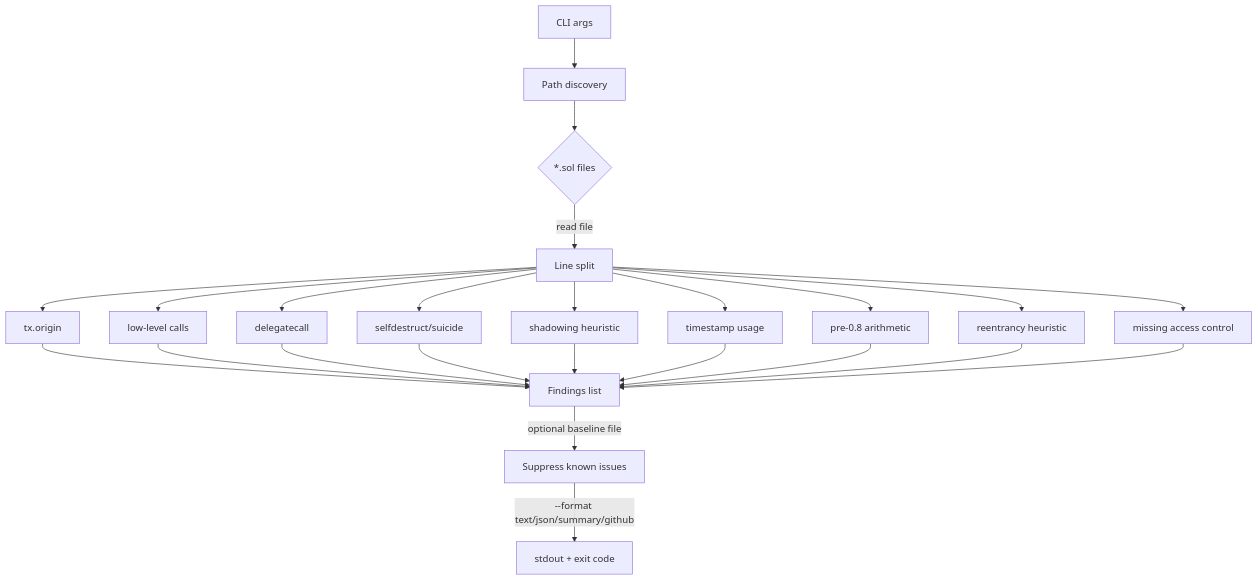
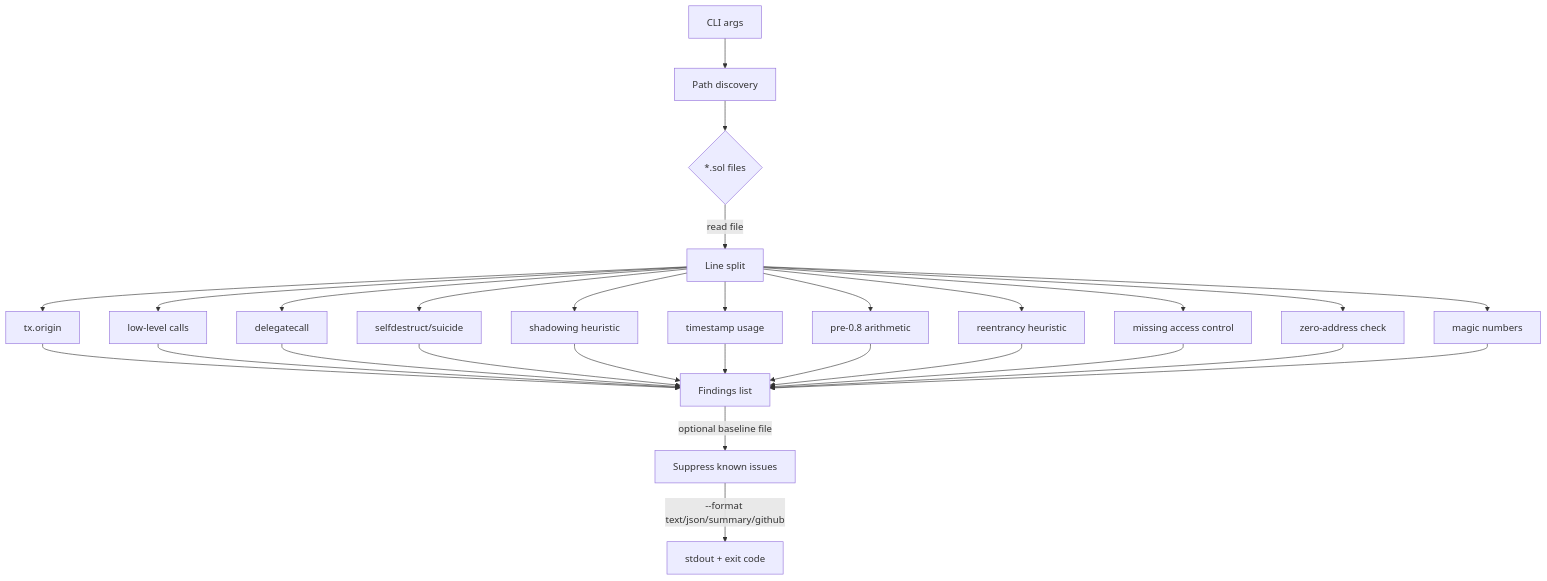
The diagram in README.md (SibghatUllah1997/audit-agent-py), drawn with Mermaid before and after one commit. The commit also changed other lines of this file and 3 other files, not shown here.

````diff
--- a/README.md
+++ b/README.md
@@ -223,18 +227,20 @@
 ```mermaid
 flowchart TD
     A[CLI args] --> B[Path discovery]
     B --> C{*.sol files}
     C -->|read file| D[Line split]
     D --> E1[tx.origin]
     D --> E2[low-level calls]
     D --> E3[delegatecall]
     D --> E4[selfdestruct/suicide]
     D --> E5[shadowing heuristic]
     D --> E6[timestamp usage]
     D --> E7[pre-0.8 arithmetic]
     D --> E8[reentrancy heuristic]
     D --> E9[missing access control]
-    E1 & E2 & E3 & E4 & E5 & E6 & E7 & E8 & E9 --> F[Findings list]
+    D --> E10[zero-address check]
+    D --> E11[magic numbers]
+    E1 & E2 & E3 & E4 & E5 & E6 & E7 & E8 & E9 & E10 & E11 --> F[Findings list]
     F -->|optional baseline file| G[Suppress known issues]
     G -->|--format text/json/summary/github| H[stdout + exit code]
 ```
````
